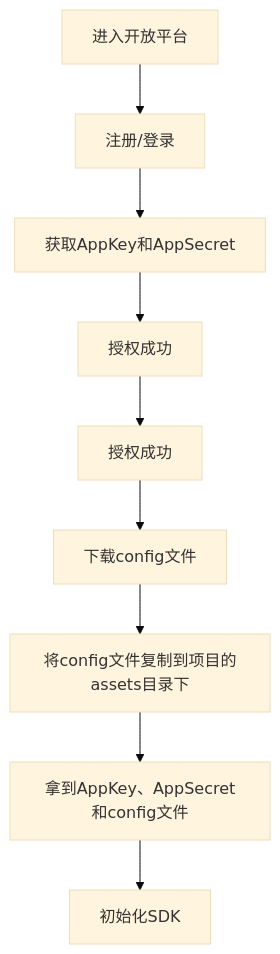
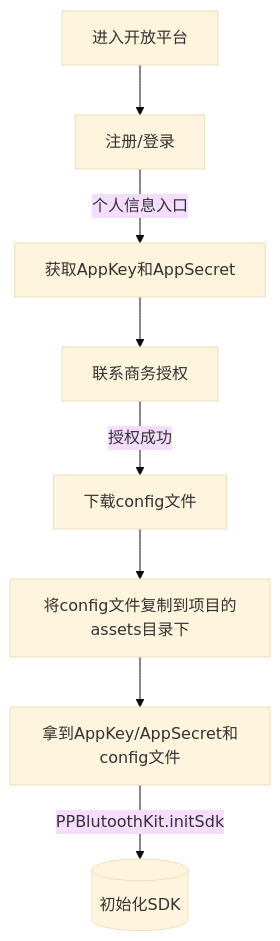
One commit to LefuHengqi/BluetoothKit-AndroidDemo changed the diagram in README.md. Above: the diagram before and after it, drawn with Mermaid (base theme). The commit also changed other lines of this file and 1 other file, not shown here.

````diff
--- a/README.md
+++ b/README.md
@@ -48,4 +34,7 @@
-~~~mermaid
+```mermaid
 graph TD
-A[进入开放平台] --> B[注册/登录] --> C[获取AppKey和AppSecret] --> D[授权成功] --> E[授权成功] --> F[下载config文件] --> G[将config文件复制到项目的assets目录下] --> H[拿到AppKey、AppSecret和config文件] --> I[初始化SDK]
-~~~
+A[进入开放平台] --> B[注册/登录] -- 个人信息入口--> C[获取AppKey和AppSecret] --> 
+D[联系商务授权] -- 授权成功 --> F[下载config文件] -->
+G[将config文件复制到项目的assets目录下] --> H[拿到AppKey/AppSecret和config文件] -- 
+PPBlutoothKit.initSdk --> I[(初始化SDK)]
+```
````
